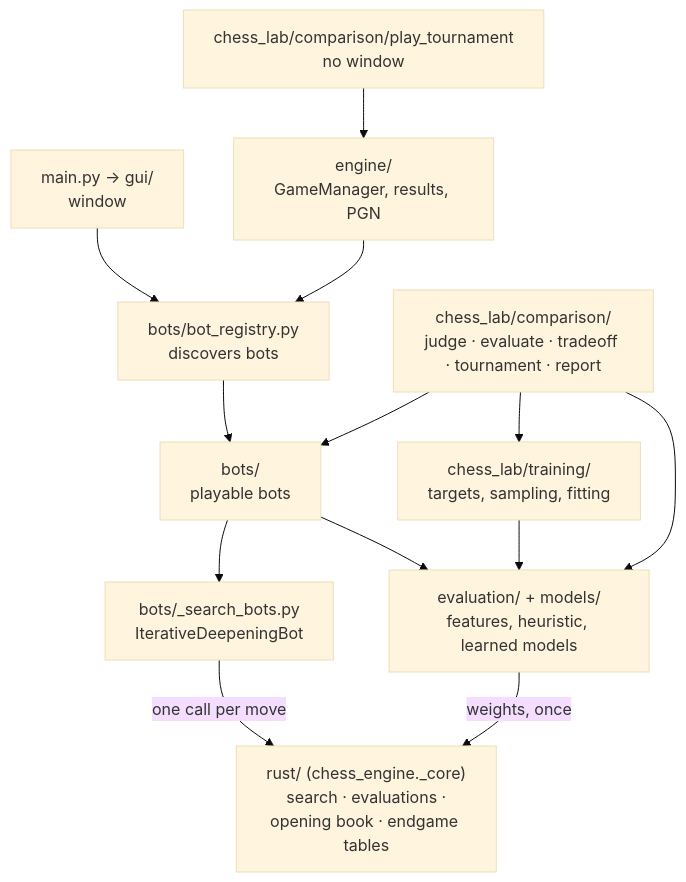
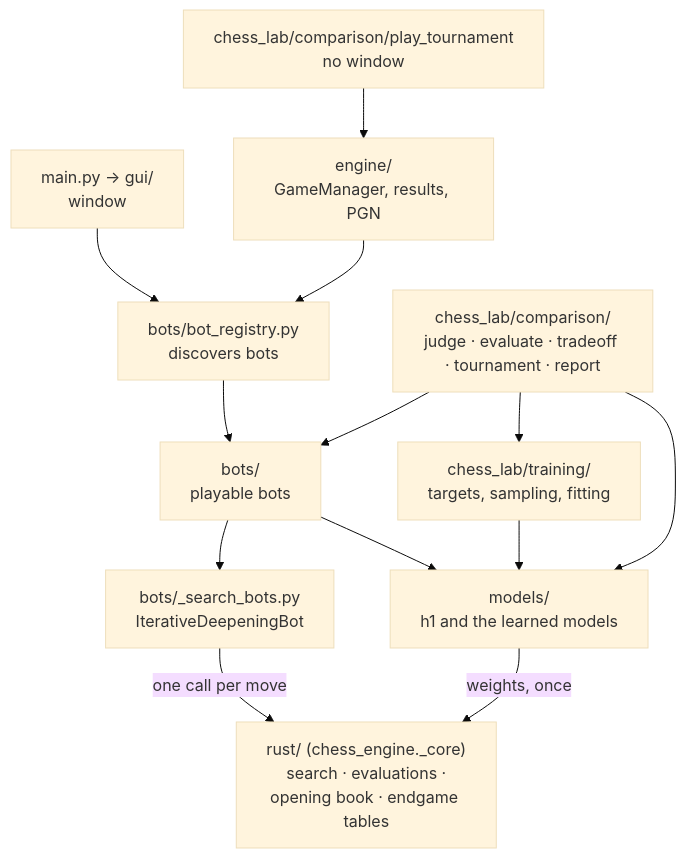
Before and after one commit to JoaquinDeVA/chess-ai-engine: the first of 3 diagrams in docs/ARCHITECTURE.md, drawn with Mermaid (base theme). The commit also changed other lines of this file and 51 other files, not shown here.

Commit message:
refactor: remove Keras models and the Python evaluation; the core evaluates everything

````diff
--- a/docs/ARCHITECTURE.md
+++ b/docs/ARCHITECTURE.md
@@ -17,15 +17,15 @@
 ```mermaid
 flowchart TB
     WIN["main.py → gui/<br/>window"] --> REG
     TOURN["chess_lab/comparison/play_tournament<br/>no window"] --> GM["engine/<br/>GameManager, results, PGN"]
     GM --> REG["bots/bot_registry.py<br/>discovers bots"]
     REG --> BOTS["bots/<br/>playable bots"]
     BOTS --> BASES["bots/_search_bots.py<br/>IterativeDeepeningBot"]
     BASES -->|"one call per move"| CORE["rust/ (chess_engine._core)<br/>search · evaluations ·<br/>opening book · endgame tables"]
-    BOTS --> EVAL["evaluation/ + models/<br/>features, heuristic, learned models"]
+    BOTS --> EVAL["models/<br/>h1 and the learned models"]
     EVAL -->|"weights, once"| CORE
     TRAIN["chess_lab/training/<br/>targets, sampling, fitting"] --> EVAL
     COMP["chess_lab/comparison/<br/>judge · evaluate · tradeoff · tournament · report"] --> TRAIN
     COMP --> EVAL
     COMP --> BOTS
 ```
````
